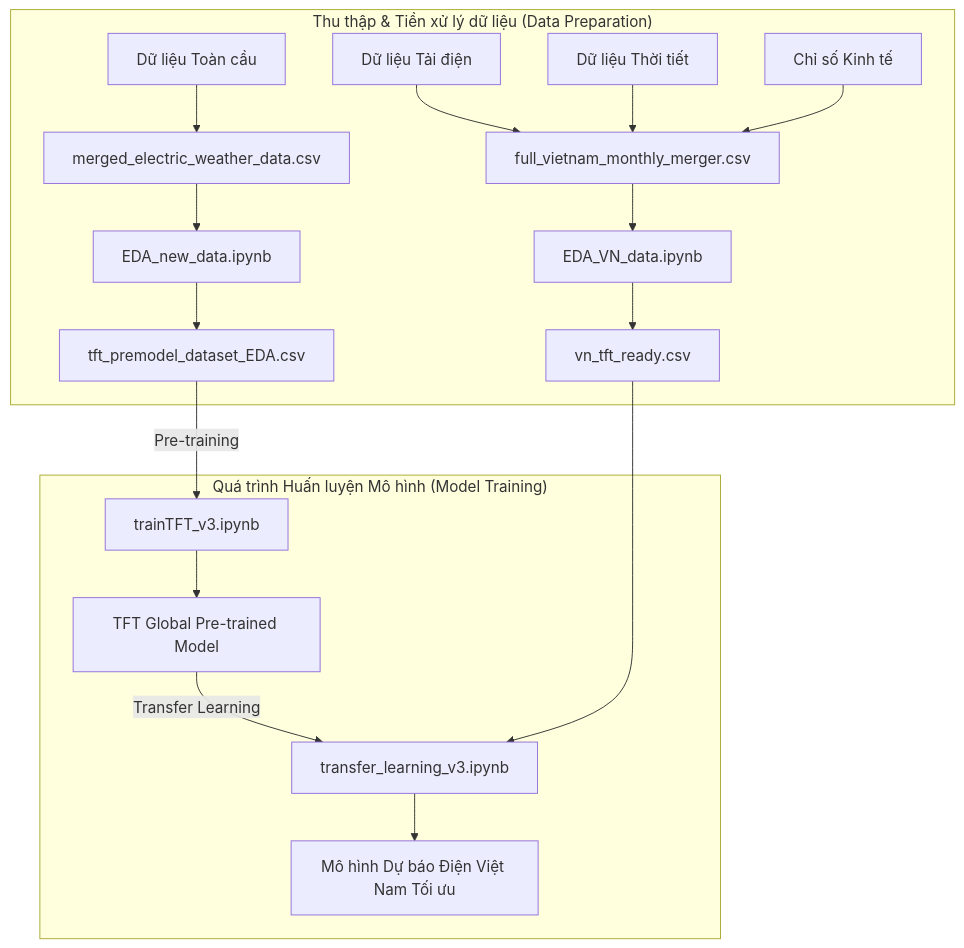
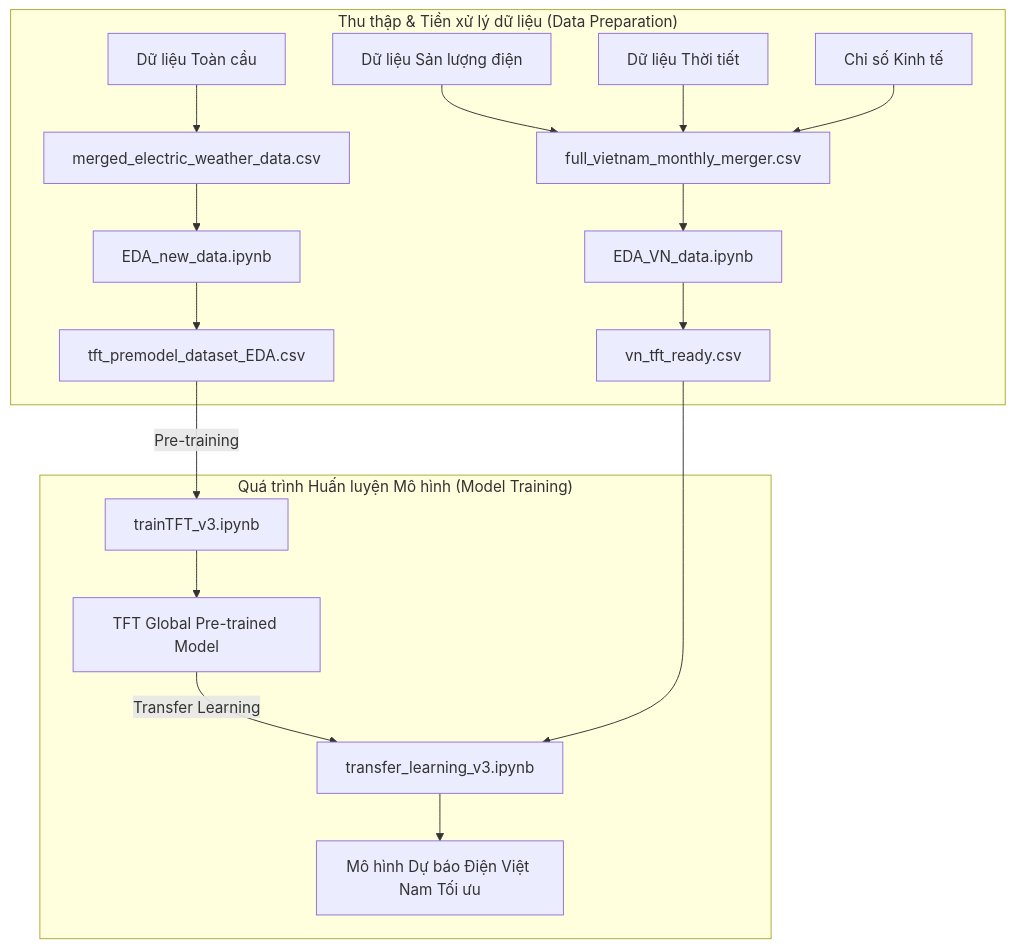
The diagram in README.md (NguyenVanTien204/TFT-GreenPower-Forecasting), drawn with Mermaid before and after one commit. The commit also changed other lines of this file, not shown here.

````diff
--- a/README.md
+++ b/README.md
@@ -22,26 +23,26 @@
 ```mermaid
 graph TD
     subgraph Data_Prep ["Thu thập & Tiền xử lý dữ liệu (Data Preparation)"]
-        A1[Dữ liệu Tải điện] --> B1[full_vietnam_monthly_merger.csv]
+        A1[Dữ liệu Sản lượng điện] --> B1[full_vietnam_monthly_merger.csv]
         A2[Dữ liệu Thời tiết] --> B1
         A3[Chỉ số Kinh tế] --> B1
         
         A4[Dữ liệu Toàn cầu] --> B2[merged_electric_weather_data.csv]
         
         B1 --> C1[EDA_VN_data.ipynb]
         B2 --> C2[EDA_new_data.ipynb]
         
         C1 --> D1[vn_tft_ready.csv]
         C2 --> D2[tft_premodel_dataset_EDA.csv]
     end
 
     subgraph Model_Training ["Quá trình Huấn luyện Mô hình (Model Training)"]
         D2 -->|Pre-training| E1[trainTFT_v3.ipynb]
         E1 --> F1[TFT Global Pre-trained Model]
         
         F1 -->|Transfer Learning| E2[transfer_learning_v3.ipynb]
         D1 --> E2
         
         E2 --> F2[Mô hình Dự báo Điện Việt Nam Tối ưu]
     end
 ```
````
